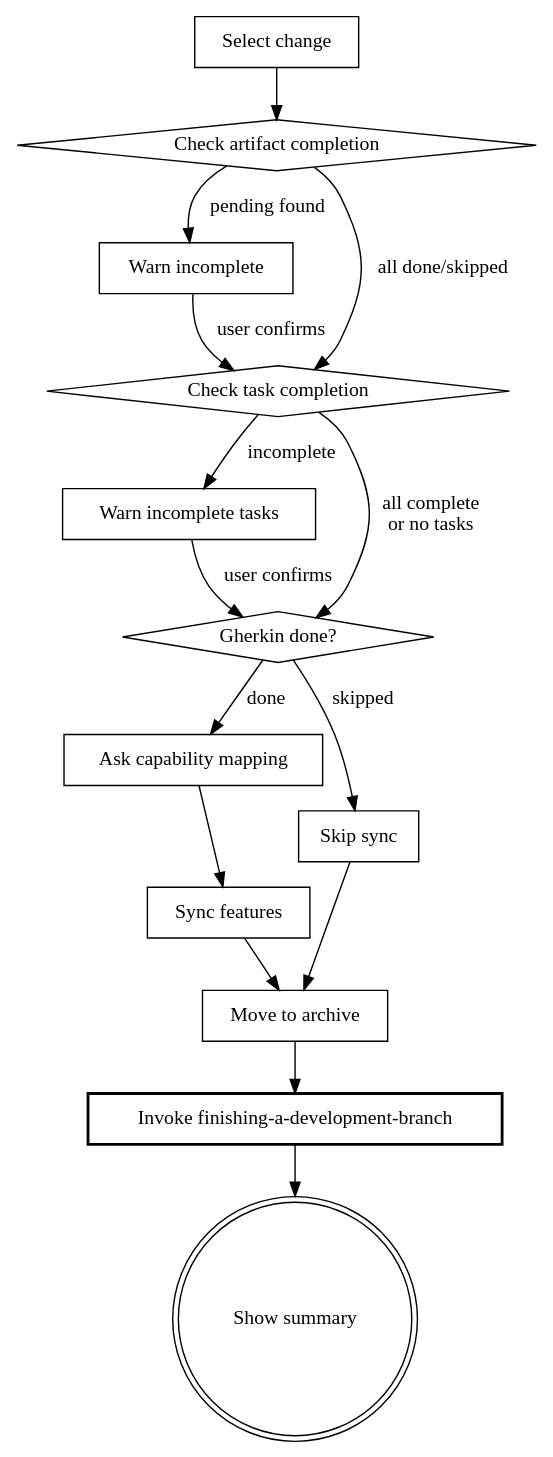
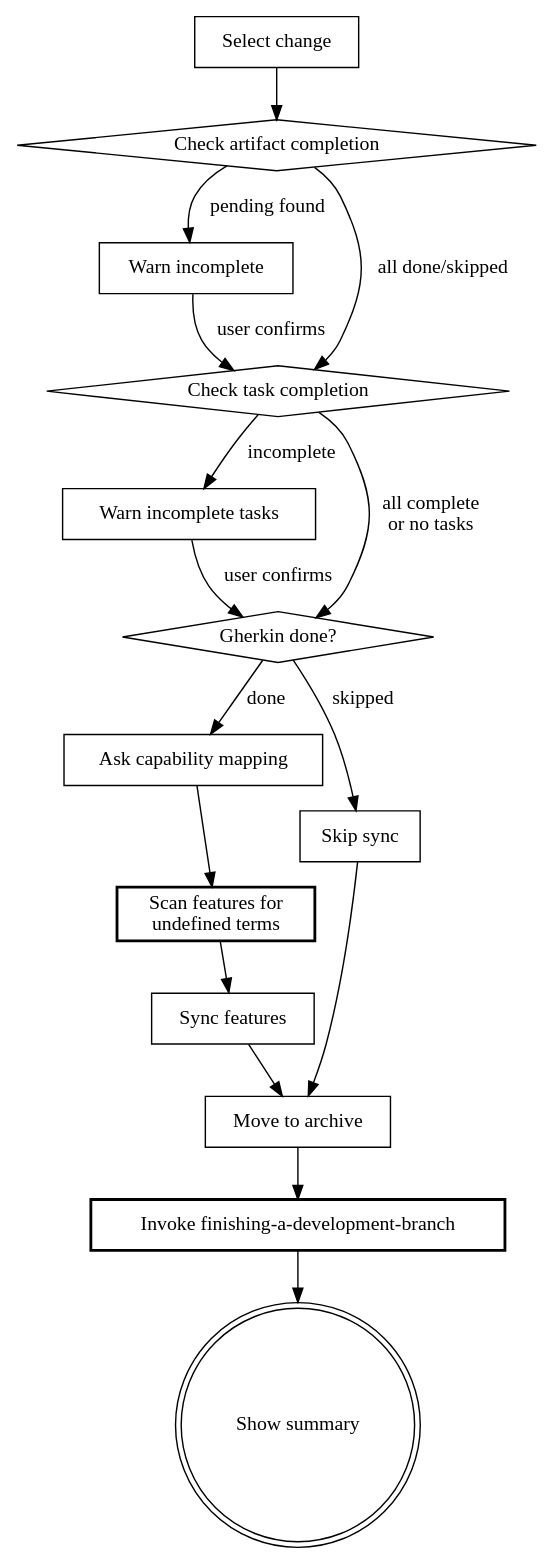
One commit to kirkchen/beat changed the diagram in skills/archive/SKILL.md. Above: the diagram before and after it, drawn with Graphviz. The commit also changed other lines of this file, not shown here.

First line of the commit message:
feat(archive): scan synced features for terms missing from CONTEXT.md

````diff
--- a/skills/archive/SKILL.md
+++ b/skills/archive/SKILL.md
@@ -42,31 +46,33 @@
 ```dot
 digraph archive {
     "Select change" [shape=box];
     "Check artifact completion" [shape=diamond];
     "Warn incomplete" [shape=box];
     "Check task completion" [shape=diamond];
     "Warn incomplete tasks" [shape=box];
     "Gherkin done?" [shape=diamond];
     "Ask capability mapping" [shape=box];
+    "Scan features for\nundefined terms" [shape=box, style=bold];
     "Sync features" [shape=box];
     "Skip sync" [shape=box];
     "Move to archive" [shape=box];
     "Invoke finishing-a-development-branch" [shape=box, style=bold];
     "Show summary" [shape=doublecircle];
 
     "Select change" -> "Check artifact completion";
     "Check artifact completion" -> "Warn incomplete" [label="pending found"];
     "Check artifact completion" -> "Check task completion" [label="all done/skipped"];
     "Warn incomplete" -> "Check task completion" [label="user confirms"];
     "Check task completion" -> "Warn incomplete tasks" [label="incomplete"];
     "Check task completion" -> "Gherkin done?" [label="all complete\nor no tasks"];
     "Warn incomplete tasks" -> "Gherkin done?" [label="user confirms"];
     "Gherkin done?" -> "Ask capability mapping" [label="done"];
     "Gherkin done?" -> "Skip sync" [label="skipped"];
-    "Ask capability mapping" -> "Sync features";
+    "Ask capability mapping" -> "Scan features for\nundefined terms";
+    "Scan features for\nundefined terms" -> "Sync features";
     "Sync features" -> "Move to archive";
     "Skip sync" -> "Move to archive";
     "Move to archive" -> "Invoke finishing-a-development-branch";
     "Invoke finishing-a-development-branch" -> "Show summary";
 }
 ```
````
